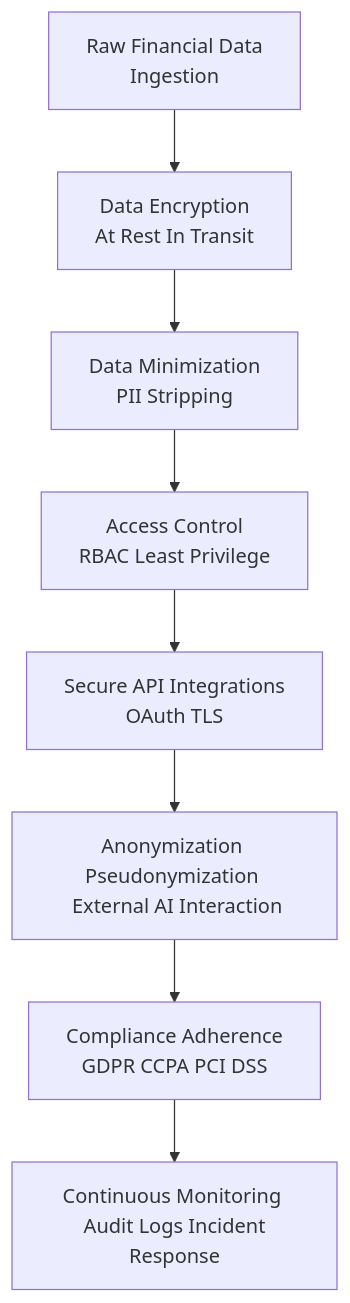
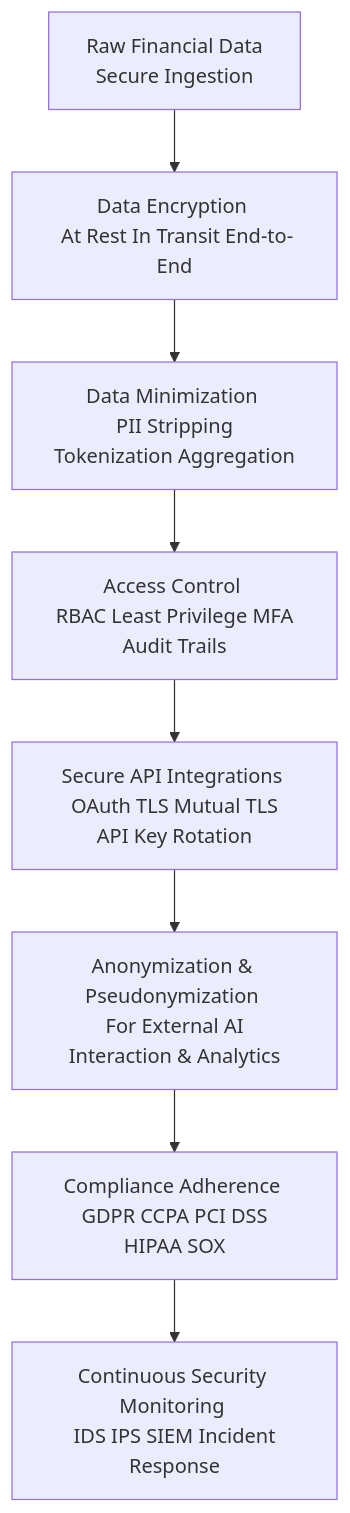
One commit to diplomat-bit/Citibank_Demo_Business_Inc_Demonstration- changed the ninth of 10 diagrams in inventions/006_ai_subscription_detection.md. Above: the diagram before and after it, drawn with Mermaid. The commit also changed other lines of this file, not shown here.

````diff
--- a/inventions/006_ai_subscription_detection.md
+++ b/inventions/006_ai_subscription_detection.md
@@ -304,10 +308,10 @@
 ```mermaid
 graph TD
-    A[Raw Financial Data <br/> Ingestion] --> B[Data Encryption <br/> At Rest In Transit]
-    B --> C[Data Minimization <br/> PII Stripping]
-    C --> D[Access Control <br/> RBAC Least Privilege]
-    D --> E[Secure API Integrations <br/> OAuth TLS]
-    E --> F[Anonymization Pseudonymization <br/> External AI Interaction]
-    F --> G[Compliance Adherence <br/> GDPR CCPA PCI DSS]
-    G --> H[Continuous Monitoring <br/> Audit Logs Incident Response]
+    A[Raw Financial Data <br/> Secure Ingestion] --> B[Data Encryption <br/> At Rest In Transit End-to-End]
+    B --> C[Data Minimization <br/> PII Stripping Tokenization Aggregation]
+    C --> D[Access Control <br/> RBAC Least Privilege MFA Audit Trails]
+    D --> E[Secure API Integrations <br/> OAuth TLS Mutual TLS API Key Rotation]
+    E --> F[Anonymization & Pseudonymization <br/> For External AI Interaction & Analytics]
+    F --> G[Compliance Adherence <br/> GDPR CCPA PCI DSS HIPAA SOX]
+    G --> H[Continuous Security Monitoring <br/> IDS IPS SIEM Incident Response]
 ```
````
